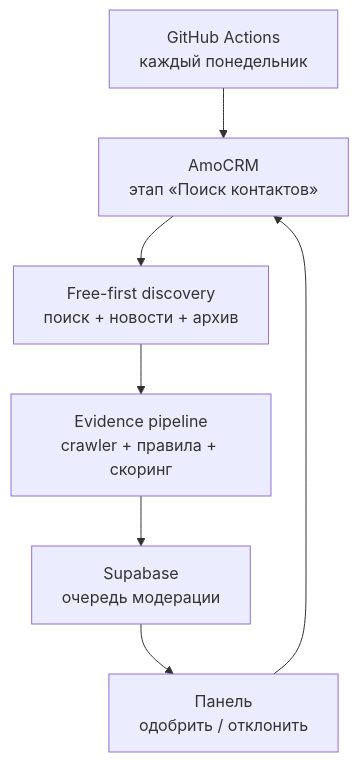
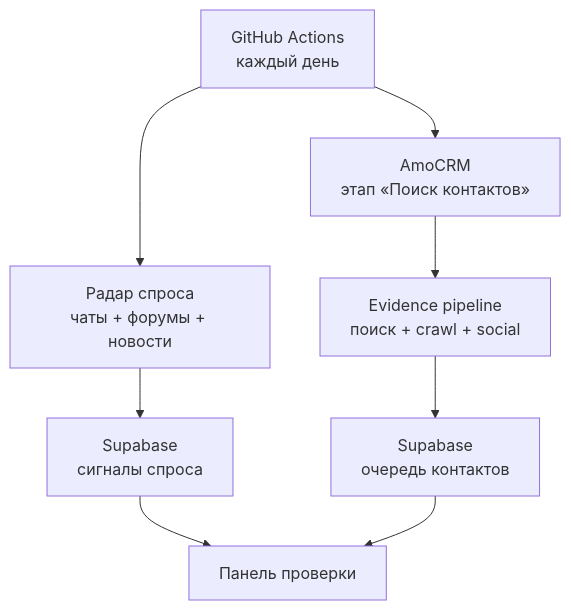
The first of 2 diagrams in docs/architecture.md (tsarev2709/anix_data_search), drawn with Mermaid before and after one commit. The commit also changed other lines of this file and 32 other files, not shown here.

````diff
--- a/docs/architecture.md
+++ b/docs/architecture.md
@@ -5,9 +5,10 @@
 ```mermaid
 flowchart TD
-    A["GitHub Actions<br>каждый понедельник"] --> B["AmoCRM<br>этап «Поиск контактов»"]
-    B --> C["Free-first discovery<br>поиск + новости + архив"]
-    C --> D["Evidence pipeline<br>crawler + правила + скоринг"]
-    D --> E["Supabase<br>очередь модерации"]
-    E --> F["Панель<br>одобрить / отклонить"]
-    F --> B
+    A["GitHub Actions<br>каждый день"] --> B["Радар спроса<br>чаты + форумы + новости"]
+    A --> C["AmoCRM<br>этап «Поиск контактов»"]
+    B --> D["Supabase<br>сигналы спроса"]
+    C --> E["Evidence pipeline<br>поиск + crawl + social"]
+    E --> F["Supabase<br>очередь контактов"]
+    D --> G["Панель проверки"]
+    F --> G
 ```
````
